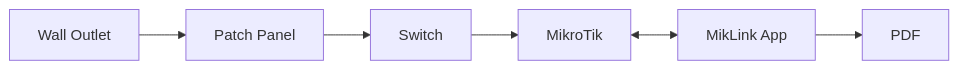
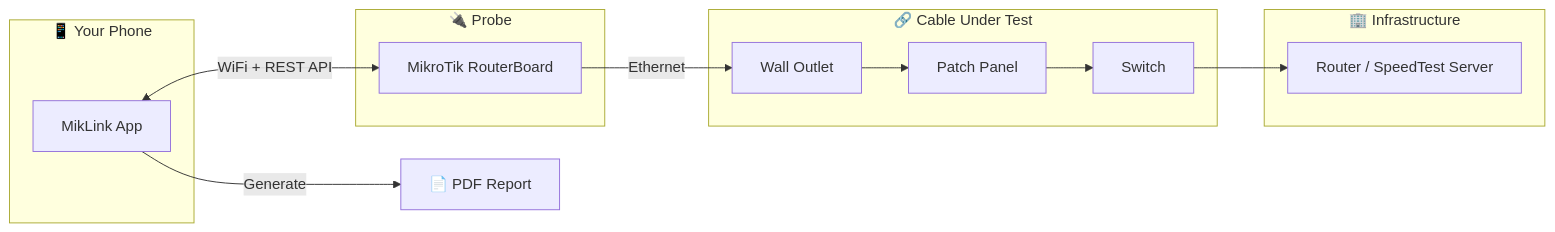
Before and after one commit to ShitWRKS/MikLink: the diagram in README.md, drawn with Mermaid. The commit also changed other lines of this file and 20 other files, not shown here.

````diff
--- a/README.md
+++ b/README.md
@@ -41,8 +66,28 @@
 ```mermaid
 flowchart LR
-    A[Wall Outlet] --> B[Patch Panel]
-    B --> C[Switch]
-    C --> D[MikroTik]
-    D <--> E[MikLink App]
-    E --> F[PDF]
+    subgraph phone [📱 Your Phone]
+        App[MikLink App]
+    end
+
+    subgraph probe [🔌 Probe]
+        MT[MikroTik RouterBoard]
+    end
+
+    subgraph cable [🔗 Cable Under Test]
+        WO[Wall Outlet]
+        PP[Patch Panel]
+        SW[Switch]
+    end
+
+    subgraph infra [🏢 Infrastructure]
+        Router[Router / SpeedTest Server]
+    end
+
+    App <-->|WiFi + REST API| MT
+    MT -->|Ethernet| WO
+    WO --> PP
+    PP --> SW
+    SW --> Router
+
+    App -->|Generate| PDF[📄 PDF Report]
 ```
````
